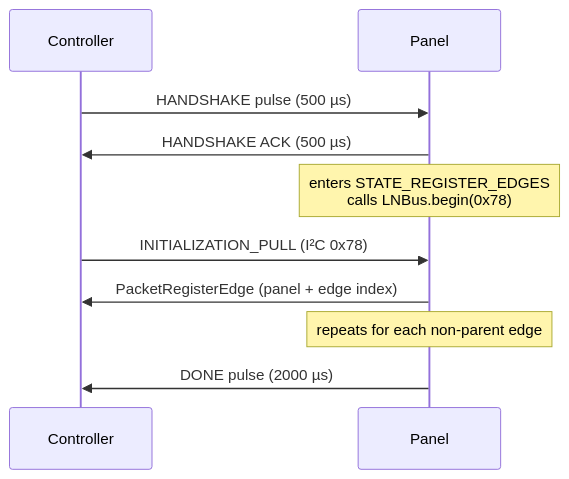
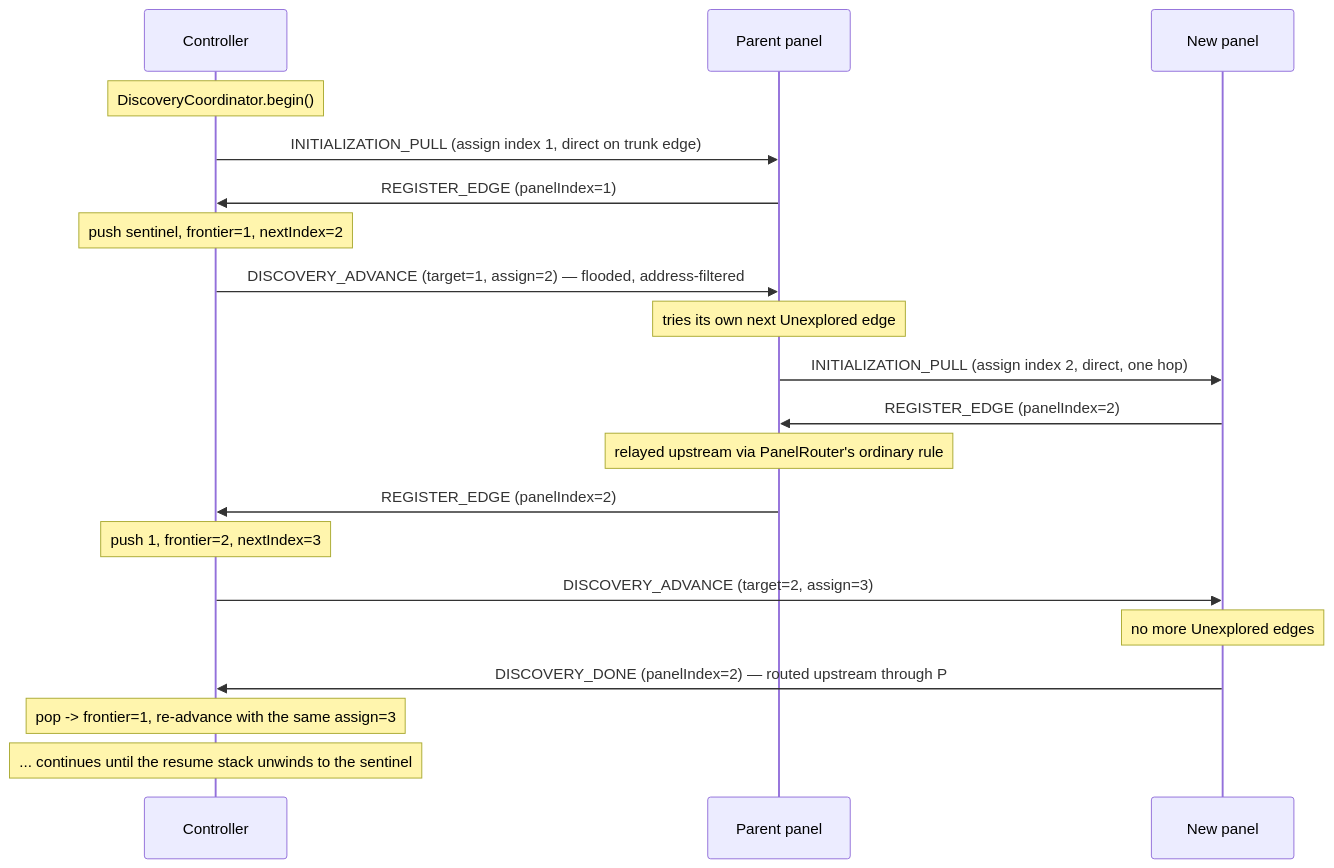
Before and after one commit to przemczan/lightnet-firmware: the third of 5 diagrams in docs/architecture.md, drawn with Mermaid. The commit also changed other lines of this file and 111 other files, not shown here.

````diff
--- a/docs/architecture.md
+++ b/docs/architecture.md
@@ -334,13 +386,23 @@
 ```mermaid
 sequenceDiagram
   participant C as Controller
-  participant P as Panel
+  participant P as Parent panel
+  participant N as New panel
 
-  C->>P: HANDSHAKE pulse (500 µs)
-  P->>C: HANDSHAKE ACK (500 µs)
-  Note over P: enters STATE_REGISTER_EDGES<br/>calls LNBus.begin(0x78)
-  C->>P: INITIALIZATION_PULL (I²C 0x78)
-  P->>C: PacketRegisterEdge (panel + edge index)
-  Note over P: repeats for each non-parent edge
-  P->>C: DONE pulse (2000 µs)
+  Note over C: DiscoveryCoordinator.begin()
+  C->>P: INITIALIZATION_PULL (assign index 1, direct on trunk edge)
+  P->>C: REGISTER_EDGE (panelIndex=1)
+  Note over C: push sentinel, frontier=1, nextIndex=2
+  C->>P: DISCOVERY_ADVANCE (target=1, assign=2) — flooded, address-filtered
+  Note over P: tries its own next Unexplored edge
+  P->>N: INITIALIZATION_PULL (assign index 2, direct, one hop)
+  N->>P: REGISTER_EDGE (panelIndex=2)
+  Note over P: relayed upstream via PanelRouter's ordinary rule
+  P->>C: REGISTER_EDGE (panelIndex=2)
+  Note over C: push 1, frontier=2, nextIndex=3
+  C->>N: DISCOVERY_ADVANCE (target=2, assign=3)
+  Note over N: no more Unexplored edges
+  N->>C: DISCOVERY_DONE (panelIndex=2) — routed upstream through P
+  Note over C: pop -> frontier=1, re-advance with the same assign=3
+  Note over C: ... continues until the resume stack unwinds to the sentinel
 ```
````
